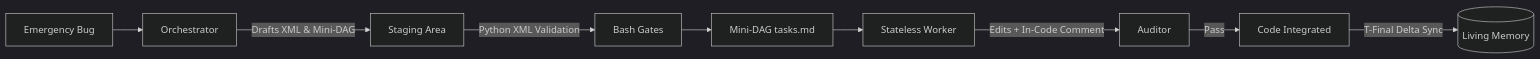
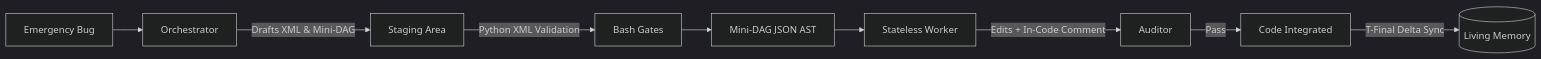
Before and after one commit to guilhermejorgee/dag-flow: the second of 2 diagrams in README.md, drawn with Mermaid (dark theme). The commit also changed other lines of this file and 104 other files, not shown here.

````diff
--- a/README.md
+++ b/README.md
@@ -54,11 +54,11 @@
 ```mermaid
 graph LR
     A[Emergency Bug] --> B[Orchestrator]
     B -->|Drafts XML & Mini-DAG| SA[Staging Area]
     SA -->|Python XML Validation| BG[Bash Gates]
-    BG --> C[Mini-DAG tasks.md]
+    BG --> C[Mini-DAG JSON AST]
     C --> D[Stateless Worker]
     D -->|Edits + In-Code Comment| E[Auditor]
     E -->|Pass| F[Code Integrated]
     F -->|T-Final Delta Sync| G[(Living Memory)]
 ```
````
